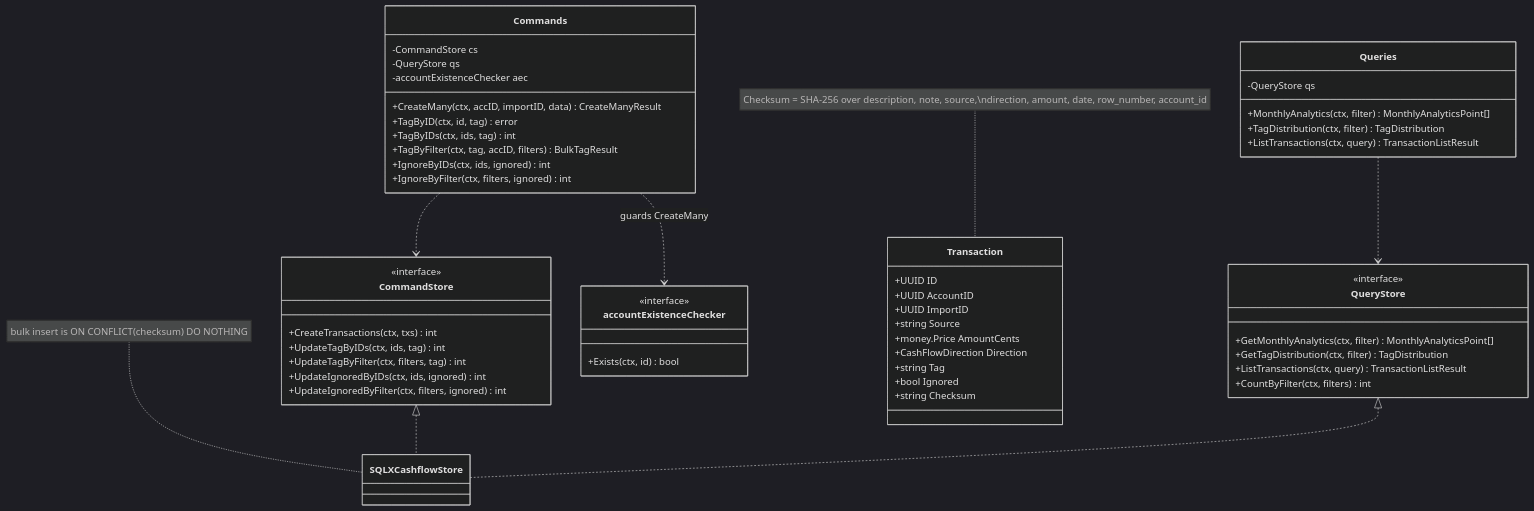
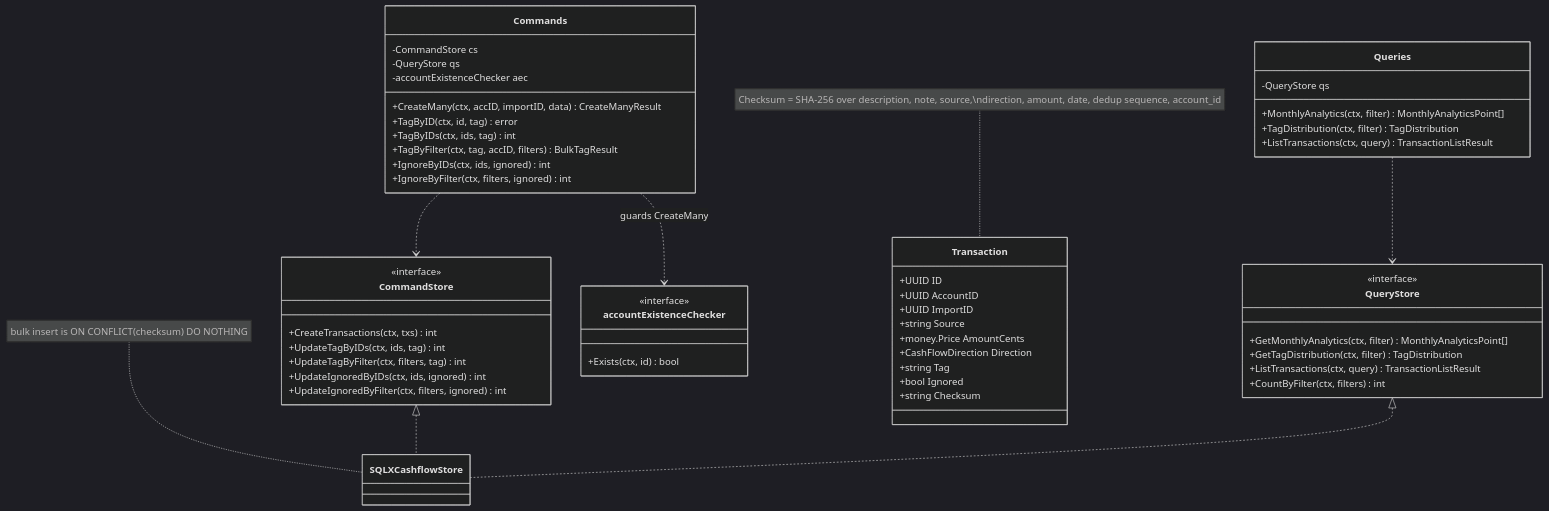
Before and after one commit to lennardclaproth/ta11y: the first of 4 diagrams in apps/api/docs/features/[009]_CASHFLOW.md, drawn with Mermaid (dark theme). The commit also changed other lines of this file and 5 other files, not shown here.

````diff
--- a/apps/api/docs/features/[009]_CASHFLOW.md
+++ b/apps/api/docs/features/[009]_CASHFLOW.md
@@ -28,60 +28,60 @@
 ```mermaid
 classDiagram
     class Commands {
         -CommandStore cs
         -QueryStore qs
         -accountExistenceChecker aec
         +CreateMany(ctx, accID, importID, data) CreateManyResult
         +TagByID(ctx, id, tag) error
         +TagByIDs(ctx, ids, tag) int
         +TagByFilter(ctx, tag, accID, filters) BulkTagResult
         +IgnoreByIDs(ctx, ids, ignored) int
         +IgnoreByFilter(ctx, filters, ignored) int
     }
     class Queries {
         -QueryStore qs
         +MonthlyAnalytics(ctx, filter) MonthlyAnalyticsPoint[]
         +TagDistribution(ctx, filter) TagDistribution
         +ListTransactions(ctx, query) TransactionListResult
     }
     class CommandStore {
         <<interface>>
         +CreateTransactions(ctx, txs) int
         +UpdateTagByIDs(ctx, ids, tag) int
         +UpdateTagByFilter(ctx, filters, tag) int
         +UpdateIgnoredByIDs(ctx, ids, ignored) int
         +UpdateIgnoredByFilter(ctx, filters, ignored) int
     }
     class QueryStore {
         <<interface>>
         +GetMonthlyAnalytics(ctx, filter) MonthlyAnalyticsPoint[]
         +GetTagDistribution(ctx, filter) TagDistribution
         +ListTransactions(ctx, query) TransactionListResult
         +CountByFilter(ctx, filters) int
     }
     class accountExistenceChecker {
         <<interface>>
         +Exists(ctx, id) bool
     }
     class Transaction {
         +UUID ID
         +UUID AccountID
         +UUID ImportID
         +string Source
         +money.Price AmountCents
         +CashFlowDirection Direction
         +string Tag
         +bool Ignored
         +string Checksum
     }
     class SQLXCashflowStore
 
     Commands ..> CommandStore
     Commands ..> accountExistenceChecker : guards CreateMany
     Queries ..> QueryStore
     CommandStore <|.. SQLXCashflowStore
     QueryStore <|.. SQLXCashflowStore
 
-    note for Transaction "Checksum = SHA-256 over description, note, source,\ndirection, amount, date, row_number, account_id"
+    note for Transaction "Checksum = SHA-256 over description, note, source,\ndirection, amount, date, dedup sequence, account_id"
     note for SQLXCashflowStore "bulk insert is ON CONFLICT(checksum) DO NOTHING"
 ```
````
